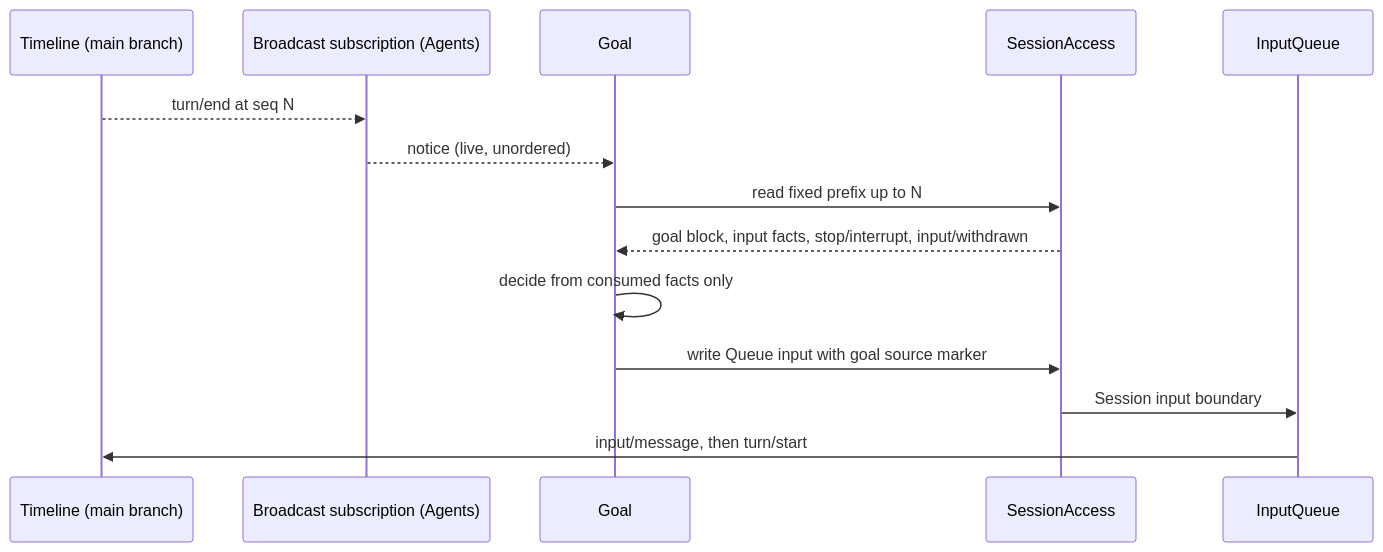
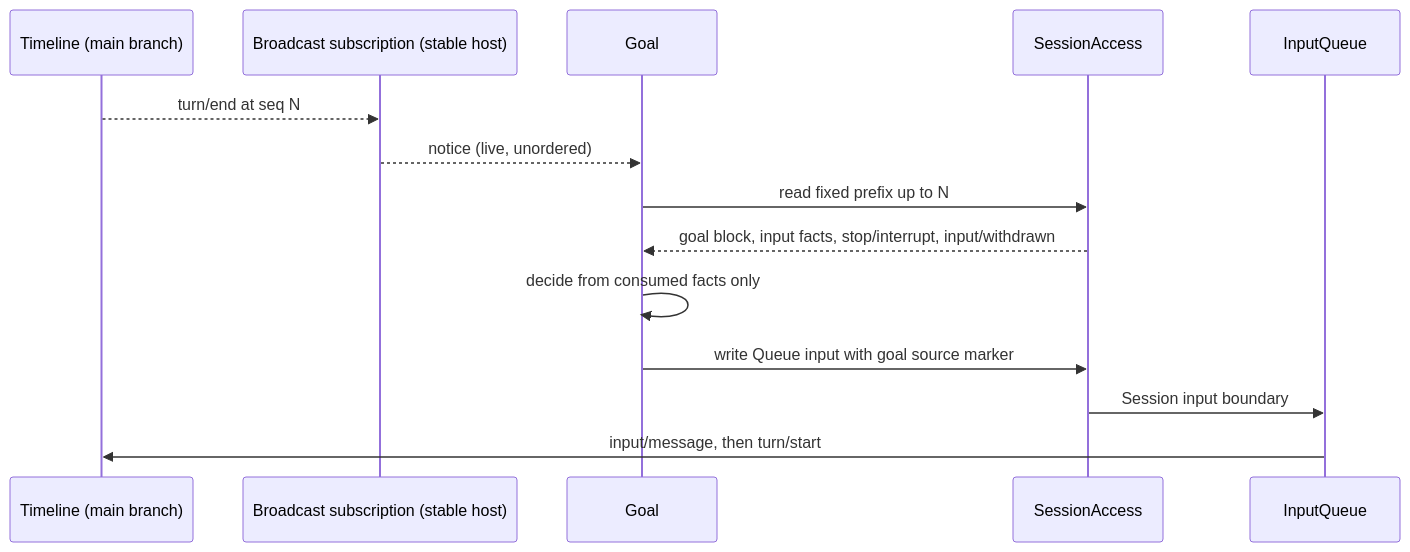
One commit to CoutinhoTTS/dim-agent changed the fifth of 9 diagrams in docs/design/overview.md. Above: the diagram before and after it, drawn with Mermaid. The commit also changed other lines of this file, not shown here.

````diff
--- a/docs/design/overview.md
+++ b/docs/design/overview.md
@@ -210,16 +226,16 @@
 ```mermaid
 sequenceDiagram
   participant TL as Timeline (main branch)
-  participant SE as Broadcast subscription (Agents)
+  participant SE as Broadcast subscription (stable host)
   participant G as Goal
   participant SA as SessionAccess
   participant IQ as InputQueue
   TL-->>SE: turn/end at seq N
   SE-->>G: notice (live, unordered)
   G->>SA: read fixed prefix up to N
   SA-->>G: goal block, input facts, stop/interrupt, input/withdrawn
   G->>G: decide from consumed facts only
   G->>SA: write Queue input with goal source marker
   SA->>IQ: Session input boundary
   IQ->>TL: input/message, then turn/start
 ```
````
